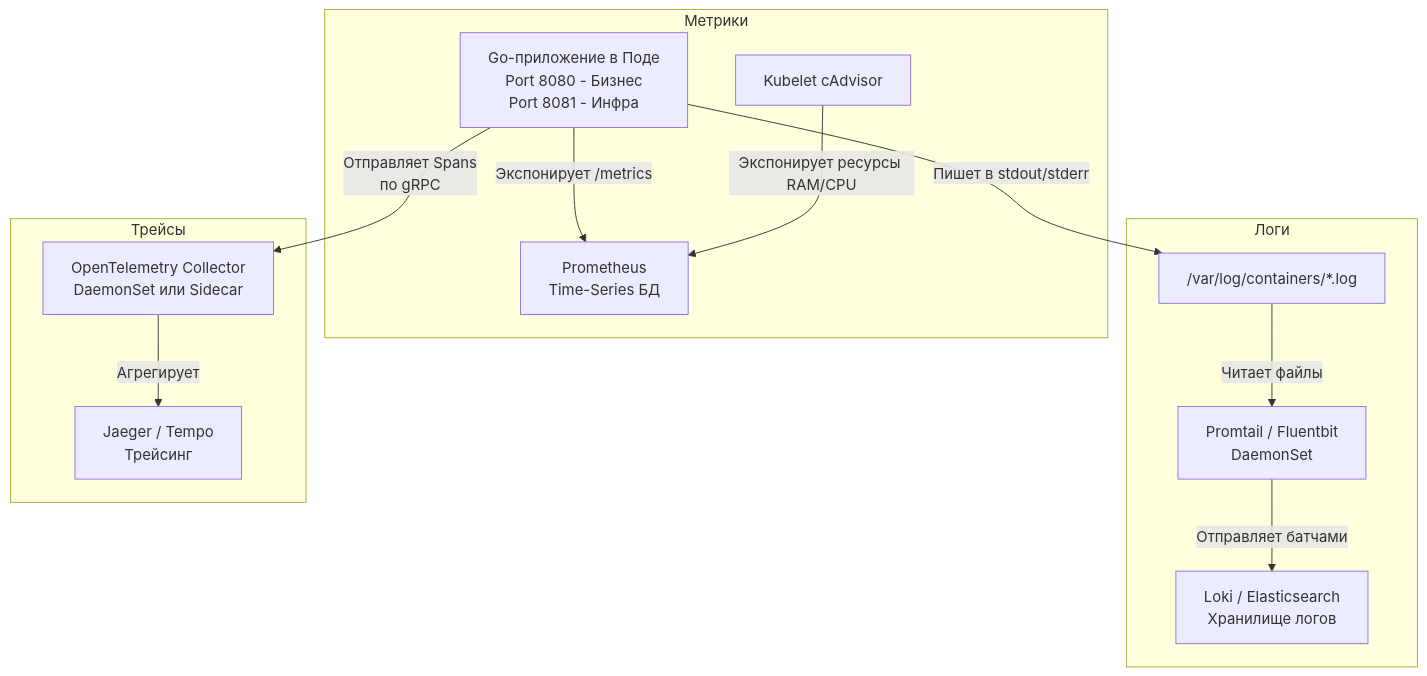
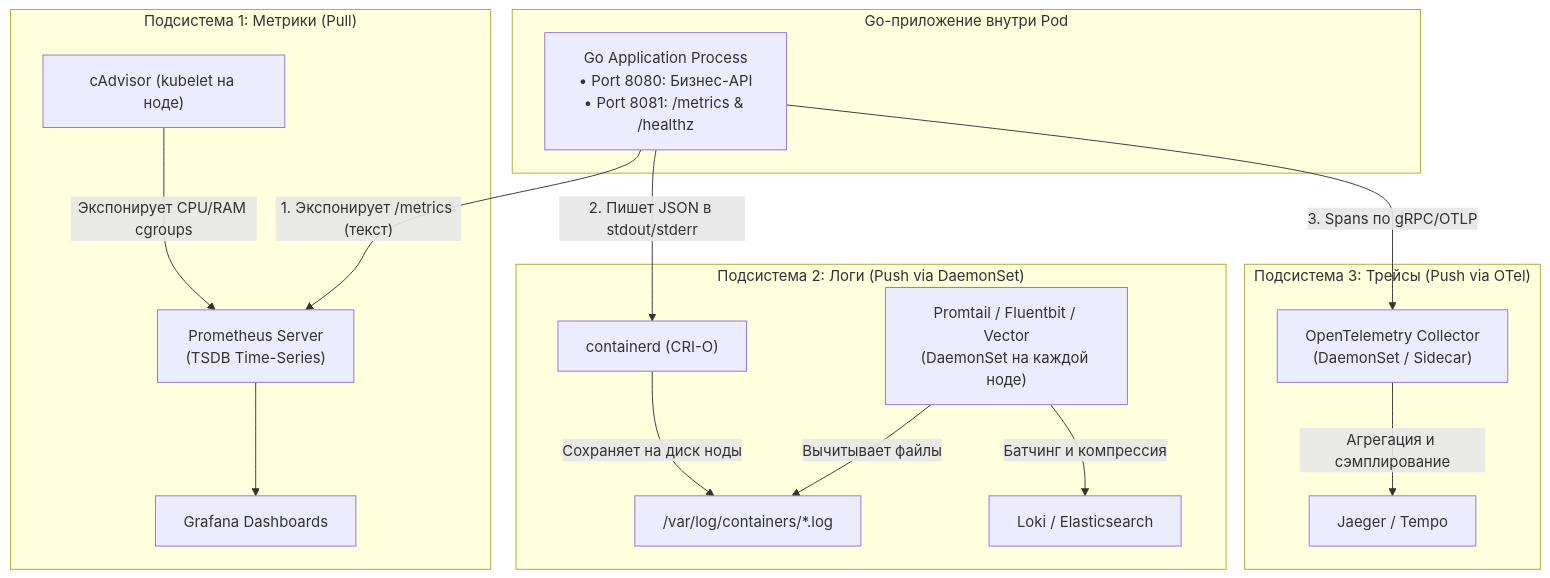
Before and after one commit to UnrealTemplier/go-textbook: the second of 5 diagrams in sources/14. Распределенные системы на Go/07. Kubernetes и деплой/7. Observability в Kubernetes.md, drawn with Mermaid. The commit also changed other lines of this file, not shown here.

````diff
--- a/sources/14. Распределенные системы на Go/07. Kubernetes и деплой/7. Observability в Kubernetes.md
+++ b/sources/14. Распределенные системы на Go/07. Kubernetes и деплой/7. Observability в Kubernetes.md
@@ -19,20 +34,24 @@
 ```mermaid
 flowchart TD
-    GoApp["Go-приложение в Поде<br>Port 8080 - Бизнес<br>Port 8081 - Инфра"]
-    
-    subgraph Метрики
-        GoApp-->|"Экспонирует /metrics"|Prometheus["Prometheus<br>Time-Series БД"]
-        Kubelet["Kubelet cAdvisor"]-->|"Экспонирует ресурсы RAM/CPU"|Prometheus
+    subgraph PodInstance["Go-приложение внутри Pod"]
+        App["Go Application Process\n• Port 8080: Бизнес-API\n• Port 8081: /metrics & /healthz"]
     end
-    
-    subgraph Логи
-        GoApp-->|"Пишет в stdout/stderr"|DockerLog["/var/log/containers/*.log"]
-        DockerLog-->|"Читает файлы"|Promtail["Promtail / Fluentbit<br>DaemonSet"]
-        Promtail-->|"Отправляет батчами"|Loki["Loki / Elasticsearch<br>Хранилище логов"]
+
+    subgraph MetricsSubsystem["Подсистема 1: Метрики (Pull)"]
+        App -->|"1. Экспонирует /metrics (текст)"| Prom["Prometheus Server\n(TSDB Time-Series)"]
+        cAdv["cAdvisor (kubelet на ноде)"] -->|"Экспонирует CPU/RAM cgroups"| Prom
+        Prom --> Grafana["Grafana Dashboards"]
     end
-    
-    subgraph Трейсы
-        GoApp-->|"Отправляет Spans<br>по gRPC"|OTel["OpenTelemetry Collector<br>DaemonSet или Sidecar"]
-        OTel-->|"Агрегирует"|Jaeger["Jaeger / Tempo<br>Трейсинг"]
+
+    subgraph LoggingSubsystem["Подсистема 2: Логи (Push via DaemonSet)"]
+        App -->|"2. Пишет JSON в stdout/stderr"| CRI["containerd (CRI-O)"]
+        CRI -->|"Сохраняет на диск ноды"| LogFiles["/var/log/containers/*.log"]
+        DaemonCollector["Promtail / Fluentbit / Vector\n(DaemonSet на каждой ноде)"] -->|"Вычитывает файлы"| LogFiles
+        DaemonCollector -->|"Батчинг и компрессия"| Loki["Loki / Elasticsearch"]
+    end
+
+    subgraph TracingSubsystem["Подсистема 3: Трейсы (Push via OTel)"]
+        App -->|"3. Spans по gRPC/OTLP"| OTelCollector["OpenTelemetry Collector\n(DaemonSet / Sidecar)"]
+        OTelCollector -->|"Агрегация и сэмплирование"| Jaeger["Jaeger / Tempo"]
     end
 ```
````
